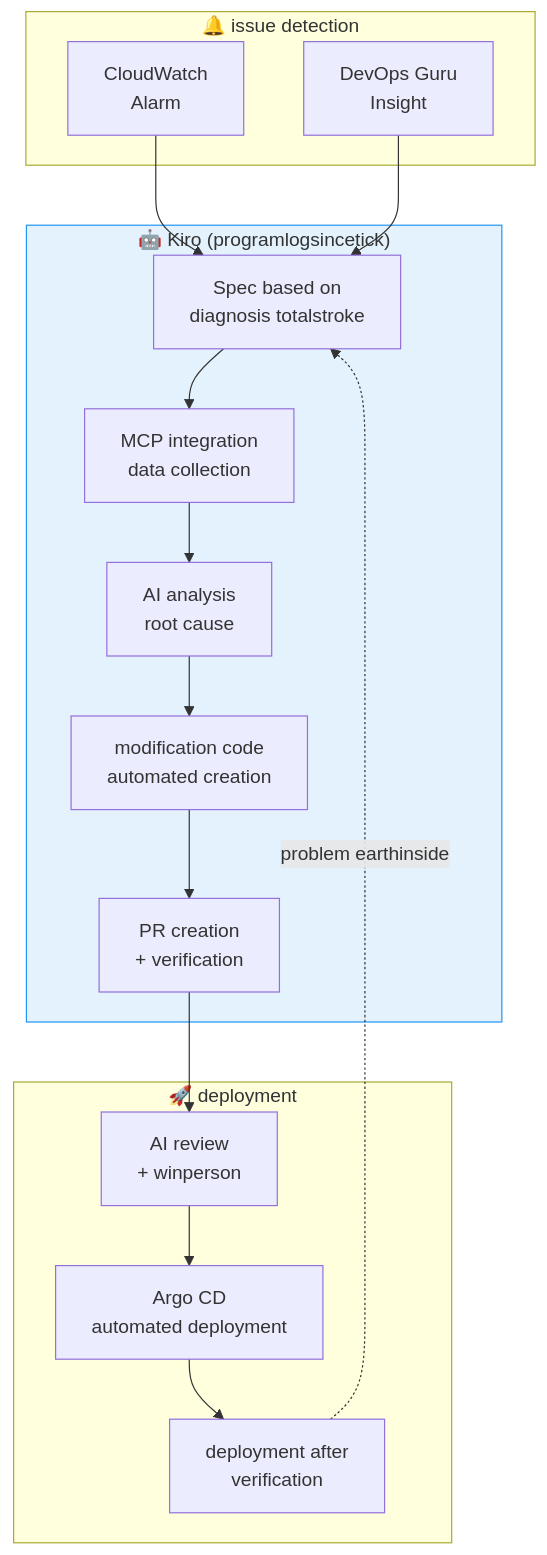
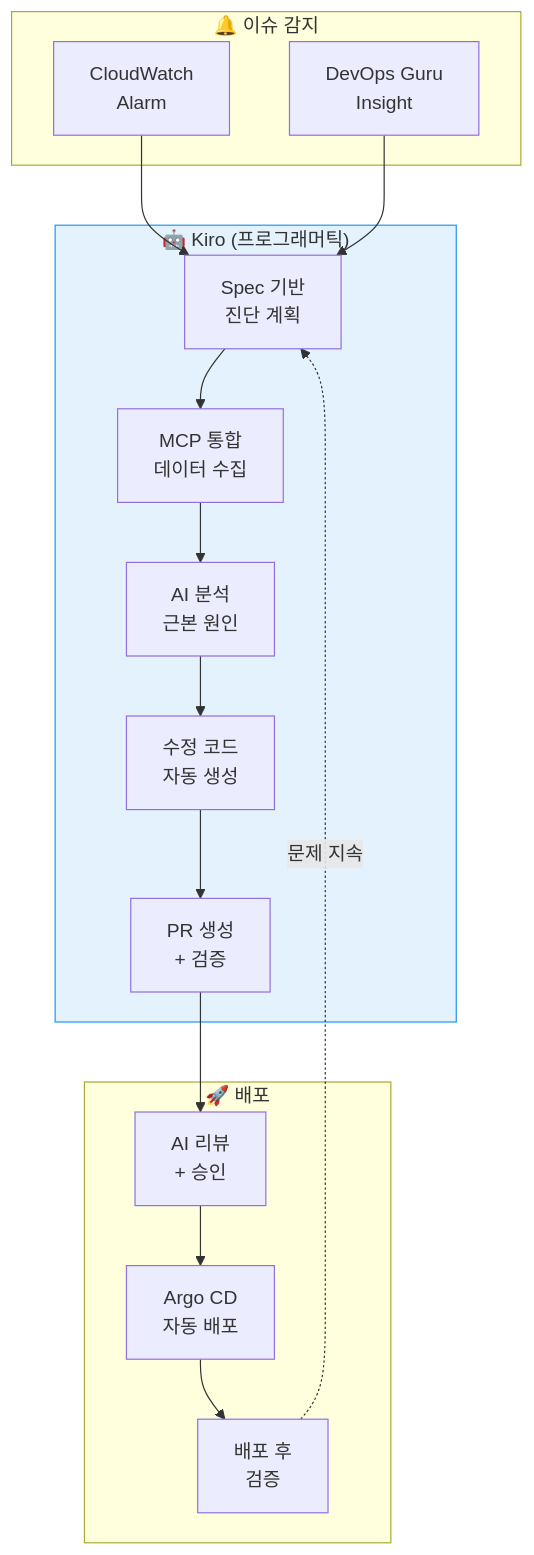
One commit to devfloor9/engineering-playbook changed the tenth of 13 diagrams in i18n/en/docusaurus-plugin-content-docs/current/aidlc/agentic-ops/aiops-predictive-operations.md. Above: the diagram before and after it, drawn with Mermaid. The commit also changed other lines of this file and 95 other files, not shown here.

````diff
--- a/i18n/en/docusaurus-plugin-content-docs/current/aidlc/agentic-ops/aiops-predictive-operations.md
+++ b/i18n/en/docusaurus-plugin-content-docs/current/aidlc/agentic-ops/aiops-predictive-operations.md
@@ -2663,26 +2678,29 @@
 ```mermaid
 graph TD
-subgraph Trigger2["🔔 issue detection"]
-ALERT["CloudWatch<br/>Alarm"]
-GURU["DevOps Guru<br/>Insight"]
-end
+ subgraph Trigger2["🔔 이슈 감지"]
+ ALERT["CloudWatch<br/>Alarm"]
+ GURU["DevOps Guru<br/>Insight"]
+ end
 
-subgraph Kiro2["🤖 Kiro (programlogsincetick)"]
-SPEC["Spec based on<br/>diagnosis totalstroke"]
-MCP_Q["MCP integration<br/>data collection"]
-ANALYZE2["AI analysis<br/>root cause"]
-FIX["modification code<br/>automated creation"]
-PR["PR creation<br/>+ verification"]
-end
+ subgraph Kiro2["🤖 Kiro (프로그래머틱)"]
+ SPEC["Spec 기반<br/>진단 계획"]
+ MCP_Q["MCP 통합<br/>데이터 수집"]
+ ANALYZE2["AI 분석<br/>근본 원인"]
+ FIX["수정 코드<br/>자동 생성"]
+ PR["PR 생성<br/>+ 검증"]
+ end
 
-subgraph Deploy2["🚀 deployment"]
-REVIEW["AI review<br/>+ winperson"]
-ARGO2["Argo CD<br/>automated deployment"]
-VERIFY["deployment after<br/>verification"]
-end
+ subgraph Deploy2["🚀 배포"]
+ REVIEW["AI 리뷰<br/>+ 승인"]
+ ARGO2["Argo CD<br/>자동 배포"]
+ VERIFY["배포 후<br/>검증"]
+ end
 
-ALERT --> SPEC
-GURU --> SPEC --> MCP_Q --> ANALYZE2 --> FIX --> PR --> REVIEW --> ARGO2 --> VERIFY -.->|problem earthinside| SPEC
+ ALERT --> SPEC
+ GURU --> SPEC
+ SPEC --> MCP_Q --> ANALYZE2 --> FIX --> PR
+ PR --> REVIEW --> ARGO2 --> VERIFY
+ VERIFY -.->|문제 지속| SPEC
 
-style Kiro2 fill:#e3f2fd,stroke:#2196f3
+ style Kiro2 fill:#e3f2fd,stroke:#2196f3
 ```
````
